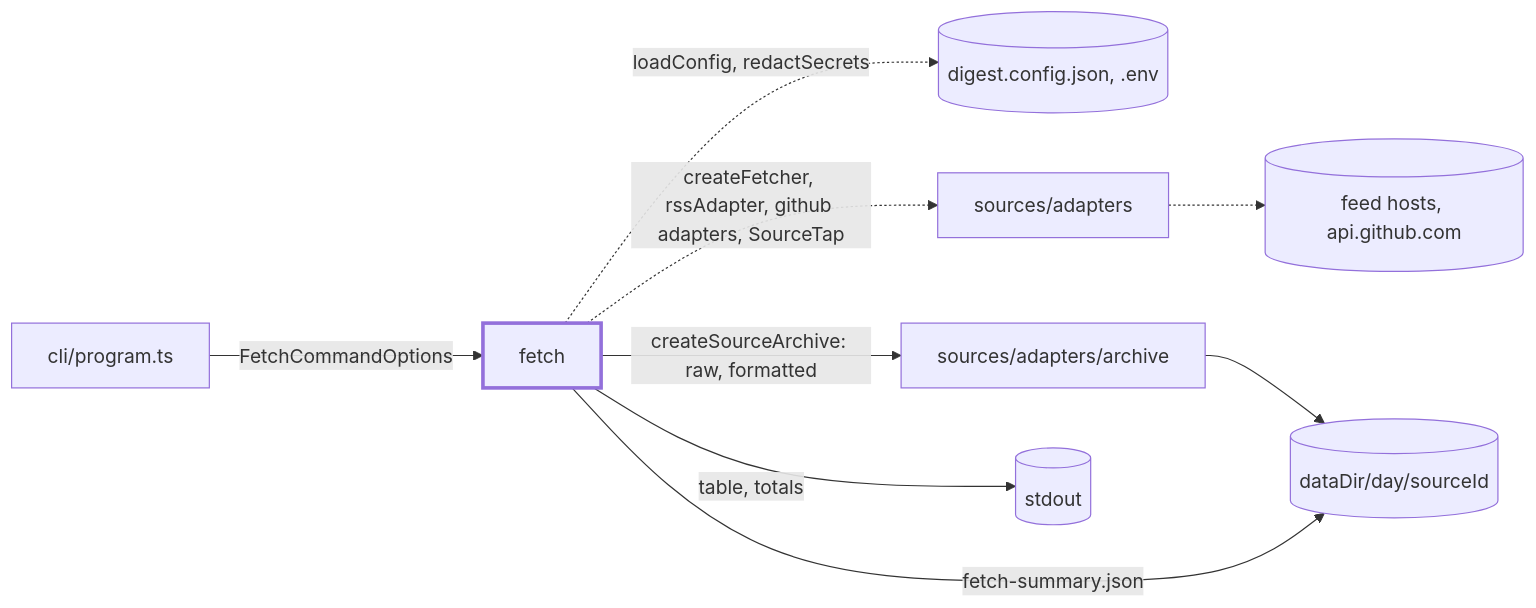
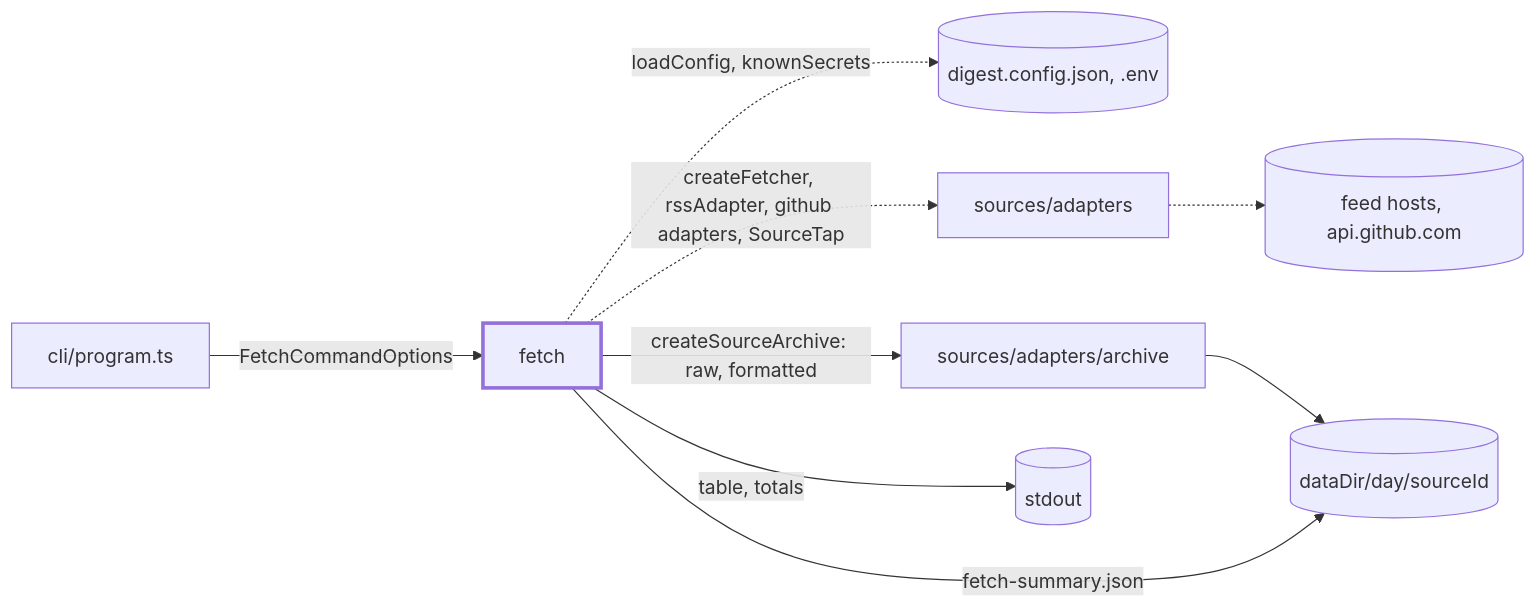
One commit to odere-pro/weekly-engineering-digest-agent changed the first of 2 diagrams in src/cli/fetch/CLAUDE.md. Above: the diagram before and after it, drawn with Mermaid. The commit also changed other lines of this file and 19 other files, not shown here.

First line of the commit message:
fix(security): redact the OLLAMA_URL password in run, fetch and doctor

````diff
--- a/src/cli/fetch/CLAUDE.md
+++ b/src/cli/fetch/CLAUDE.md
@@ -10,12 +10,12 @@
 ```mermaid
 flowchart LR
   program["cli/program.ts"] -->|"FetchCommandOptions"| fetch:::focus
-  fetch -.->|"loadConfig, redactSecrets"| cfg[("digest.config.json, .env")]
+  fetch -.->|"loadConfig, knownSecrets"| cfg[("digest.config.json, .env")]
   fetch -.->|"createFetcher, rssAdapter, github adapters, SourceTap"| adapters["sources/adapters"]
   adapters -.-> feeds[("feed hosts, api.github.com")]
   fetch -->|"createSourceArchive: raw, formatted"| archive["sources/adapters/archive"]
   archive --> disk[("dataDir/day/sourceId")]
   fetch -->|"fetch-summary.json"| disk
   fetch -->|"table, totals"| out[("stdout")]
   classDef focus stroke-width:3px
 ```
````
